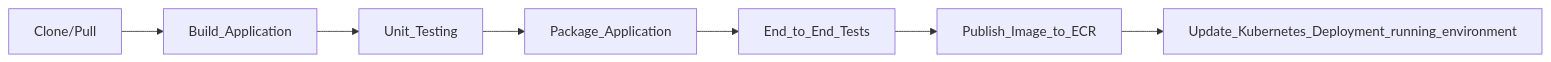
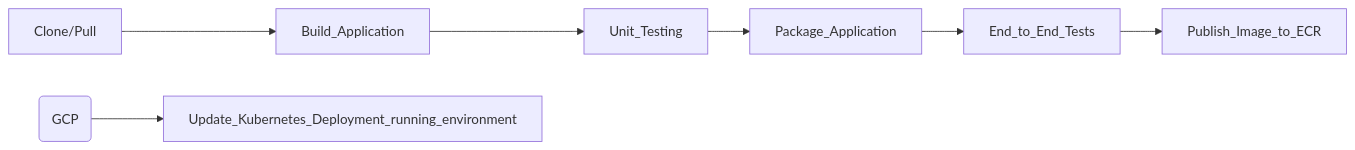
The diagram in README.md (osherd/demo-crm-portfolio), drawn with Mermaid before and after one commit.

````diff
--- a/README.md
+++ b/README.md
@@ -205,9 +205,9 @@
 ```mermaid
 graph LR
     Clone/Pull --> Build_Application
     Build_Application --> Unit_Testing
     Unit_Testing  --> Package_Application
     Package_Application --> End_to_End_Tests
     End_to_End_Tests --> Publish_Image_to_ECR
-    Publish_Image_to_ECR --> Update_Kubernetes_Deployment_running_environment
+    Publish_Image_to_GCS(GCP) --> Update_Kubernetes_Deployment_running_environment
 ```
````
